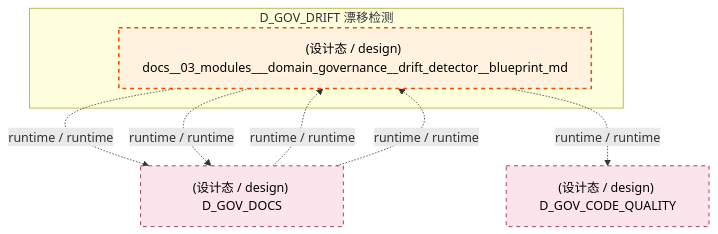
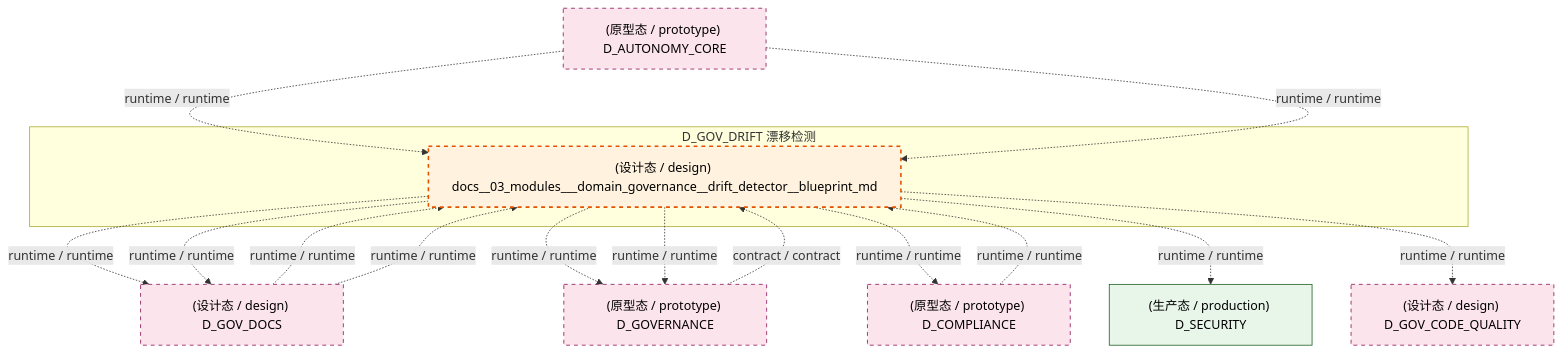
Before and after one commit to xuanFelixVan/ZephyrAlpha: the fifth of 7 diagrams in docs/02_enterprise_architecture/02_domain_architecture_docs/41_d_gov_drift.md, drawn with Mermaid. The commit also changed other lines of this file and 125 other files, not shown here.

````diff
--- a/docs/02_enterprise_architecture/02_domain_architecture_docs/41_d_gov_drift.md
+++ b/docs/02_enterprise_architecture/02_domain_architecture_docs/41_d_gov_drift.md
@@ -553,19 +555,32 @@
 ```mermaid
 graph TD
     subgraph D_GOV_DRIFT["D_GOV_DRIFT 漂移检测"]
         docs_03_modules_domain_governance_drift_detector_blueprint_md["(设计态 / design) docs__03_modules___domain_governance__drift_detector__blueprint_md"]
     end
     D_GOV_DOCS["(设计态 / design) D_GOV_DOCS"]
     docs_03_modules_domain_governance_drift_detector_blueprint_md -.->|runtime / runtime| D_GOV_DOCS
+    D_GOVERNANCE["(原型态 / prototype) D_GOVERNANCE"]
+    docs_03_modules_domain_governance_drift_detector_blueprint_md -.->|runtime / runtime| D_GOVERNANCE
+    D_COMPLIANCE["(原型态 / prototype) D_COMPLIANCE"]
+    docs_03_modules_domain_governance_drift_detector_blueprint_md -.->|runtime / runtime| D_COMPLIANCE
+    D_SECURITY["(生产态 / production) D_SECURITY"]
+    docs_03_modules_domain_governance_drift_detector_blueprint_md -.->|runtime / runtime| D_SECURITY
     D_GOV_CODE_QUALITY["(设计态 / design) D_GOV_CODE_QUALITY"]
     docs_03_modules_domain_governance_drift_detector_blueprint_md -.->|runtime / runtime| D_GOV_CODE_QUALITY
     docs_03_modules_domain_governance_drift_detector_blueprint_md -.->|runtime / runtime| D_GOV_DOCS
+    docs_03_modules_domain_governance_drift_detector_blueprint_md -.->|runtime / runtime| D_GOVERNANCE
+    D_COMPLIANCE -.->|runtime / runtime| docs_03_modules_domain_governance_drift_detector_blueprint_md
     D_GOV_DOCS -.->|runtime / runtime| docs_03_modules_domain_governance_drift_detector_blueprint_md
     D_GOV_DOCS -.->|runtime / runtime| docs_03_modules_domain_governance_drift_detector_blueprint_md
+    D_GOVERNANCE -.->|contract / contract| docs_03_modules_domain_governance_drift_detector_blueprint_md
+    D_AUTONOMY_CORE["(原型态 / prototype) D_AUTONOMY_CORE"]
+    D_AUTONOMY_CORE -.->|runtime / runtime| docs_03_modules_domain_governance_drift_detector_blueprint_md
+    D_AUTONOMY_CORE -.->|runtime / runtime| docs_03_modules_domain_governance_drift_detector_blueprint_md
     classDef production fill:#e1f5fe,stroke:#01579b,stroke-width:2px,color:#000
     classDef design fill:#fff3e0,stroke:#e65100,stroke-width:2px,color:#000,stroke-dasharray: 5 5
     classDef external_prod fill:#e8f5e9,stroke:#1b5e20,stroke-width:1px,color:#000
     classDef external_design fill:#fce4ec,stroke:#880e4f,stroke-width:1px,color:#000,stroke-dasharray: 5 5
     class docs_03_modules_domain_governance_drift_detector_blueprint_md design
-    class D_GOV_DOCS,D_GOV_CODE_QUALITY external_design
+    class D_SECURITY external_prod
+    class D_GOV_DOCS,D_GOVERNANCE,D_COMPLIANCE,D_GOV_CODE_QUALITY,D_AUTONOMY_CORE external_design
 ```
````
